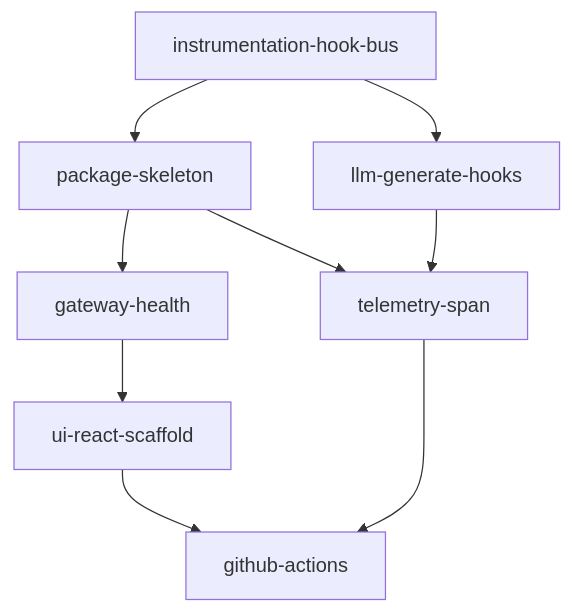
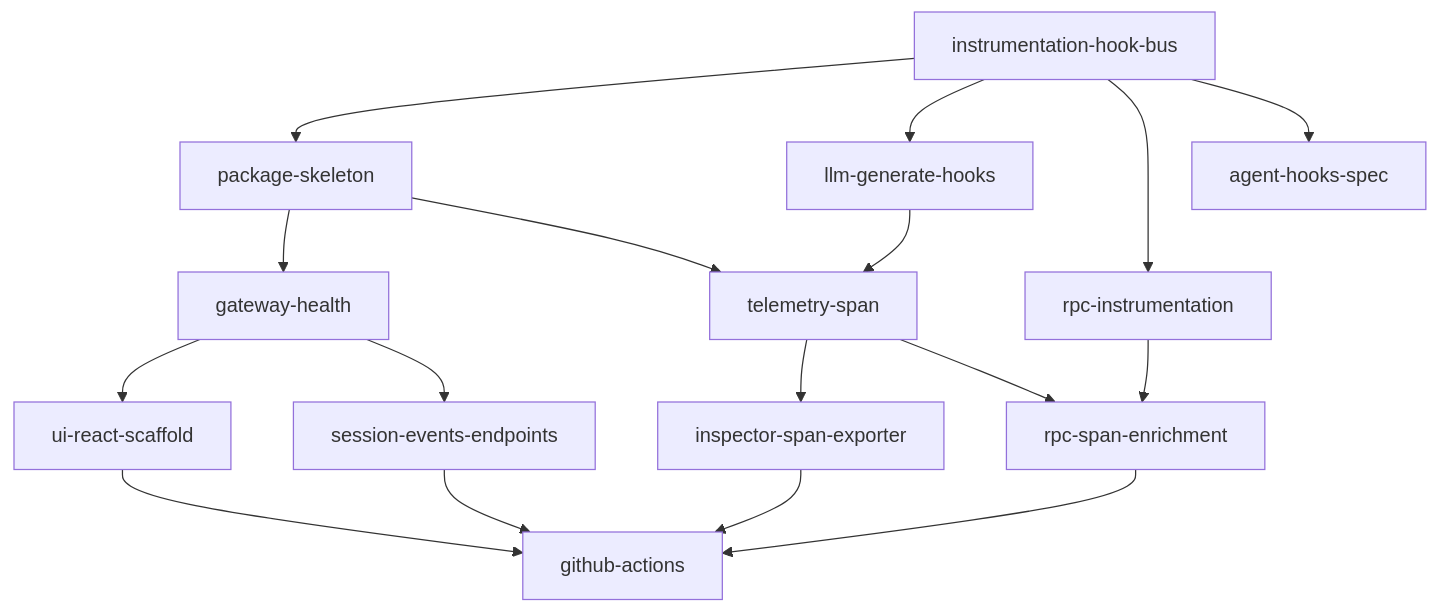
The diagram in docs/inspector/milestones/1-bootstrap/README.md (jsedgwick/mcp-agent), drawn with Mermaid before and after one commit. The commit also changed other lines of this file and 2 other files, not shown here.

First line of the commit message:
docs(hooks): add agent hooks to specification

````diff
--- a/docs/inspector/milestones/1-bootstrap/README.md
+++ b/docs/inspector/milestones/1-bootstrap/README.md
@@ -218,11 +375,19 @@
 ```mermaid
 graph TD
     H[instrumentation-hook-bus] --> A[package-skeleton]
     H --> L[llm-generate-hooks]
+    H --> R[rpc-instrumentation]
+    H --> AS[agent-hooks-spec]
     A --> B[gateway-health]
     B --> D[ui-react-scaffold]
+    B --> SE[session-events-endpoints]
     L --> C[telemetry-span]
     A --> C
+    C --> ISE[inspector-span-exporter]
+    R --> RSE[rpc-span-enrichment]
+    C --> RSE
     D --> E[github-actions]
-    C --> E
+    SE --> E
+    ISE --> E
+    RSE --> E
 ```
````
